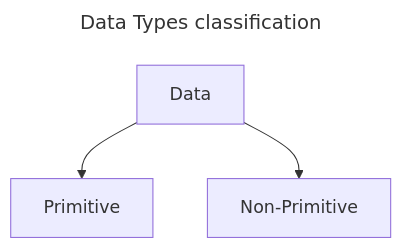
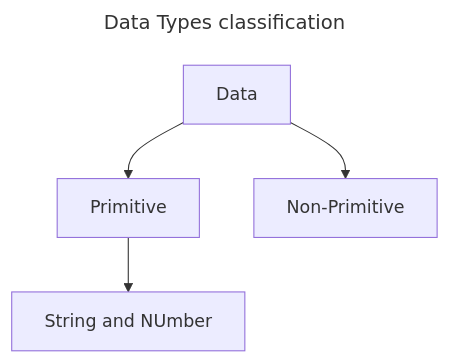
Before and after one commit to ssahu200122/Obsidian-vault: the diagram in Notes/OSSU/Core CS/Core Programming/Systemactic Program design/HtDD.md, drawn with Mermaid.

Commit message:
vault backup: 2025-03-06 22:26:10

````diff
--- a/Notes/OSSU/Core CS/Core Programming/Systemactic Program design/HtDD.md
+++ b/Notes/OSSU/Core CS/Core Programming/Systemactic Program design/HtDD.md
@@ -164,8 +164,9 @@
 ```mermaid
 ---
 title: Data Types classification
 ---
 flowchart TB
     Data[Data]--> P[Primitive] & NP[Non-Primitive]
+    P --> PT[ String and NUmber]
 
 ```
````
